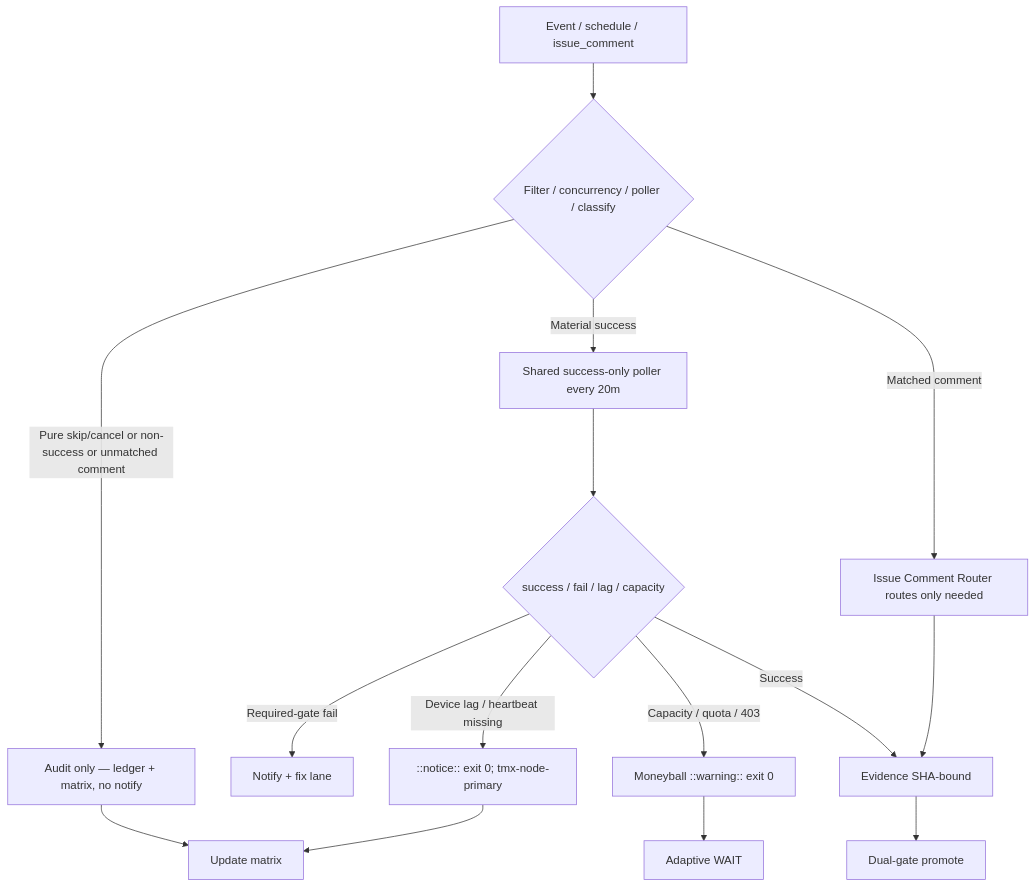
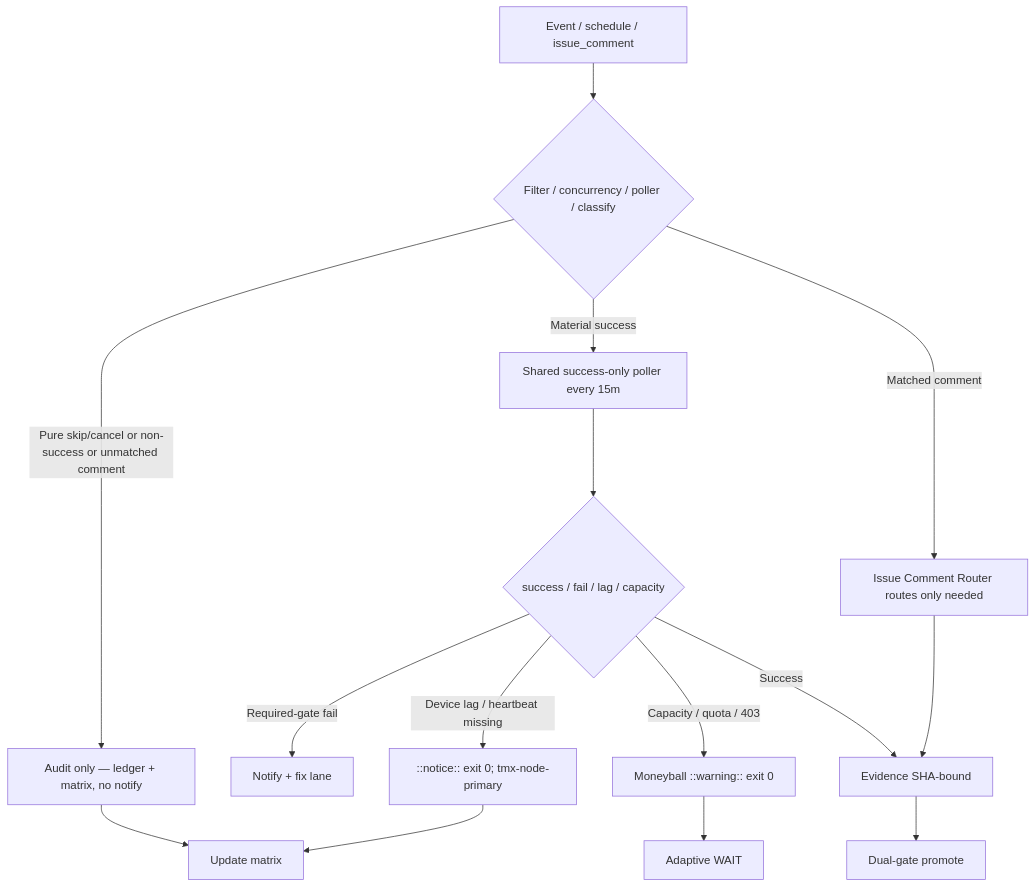
One commit to timerloggedout-spec/termux-monorepo changed the diagram in docs/ops/ACTIONS-CONSOLIDATED-MATRIX-2026-10-26.md. Above: the diagram before and after it, drawn with Mermaid. The commit also changed other lines of this file, not shown here.

````diff
--- a/docs/ops/ACTIONS-CONSOLIDATED-MATRIX-2026-10-26.md
+++ b/docs/ops/ACTIONS-CONSOLIDATED-MATRIX-2026-10-26.md
@@ -37,17 +38,17 @@
 ```mermaid
 flowchart TD
   Event[Event / schedule / issue_comment] --> Router{Filter / concurrency / poller / classify}
   Router -->|Pure skip/cancel or non-success or unmatched comment| Audit[Audit only — ledger + matrix, no notify]
-  Router -->|Material success| Poller[Shared success-only poller every 20m]
+  Router -->|Material success| Poller[Shared success-only poller every 15m]
   Router -->|Matched comment| Modular[Issue Comment Router routes only needed]
   Poller --> Classify{success / fail / lag / capacity}
   Classify -->|Required-gate fail| Alert[Notify + fix lane]
   Classify -->|Device lag / heartbeat missing| Notice[::notice:: exit 0; tmx-node-primary]
   Classify -->|Capacity / quota / 403| Defer[Moneyball ::warning:: exit 0]
   Classify -->|Success| Receipt[Evidence SHA-bound]
   Notice --> Matrix[Update matrix]
   Defer --> Wait[Adaptive WAIT]
   Receipt --> Promote[Dual-gate promote]
   Audit --> Matrix
   Modular --> Receipt
 ```
````
